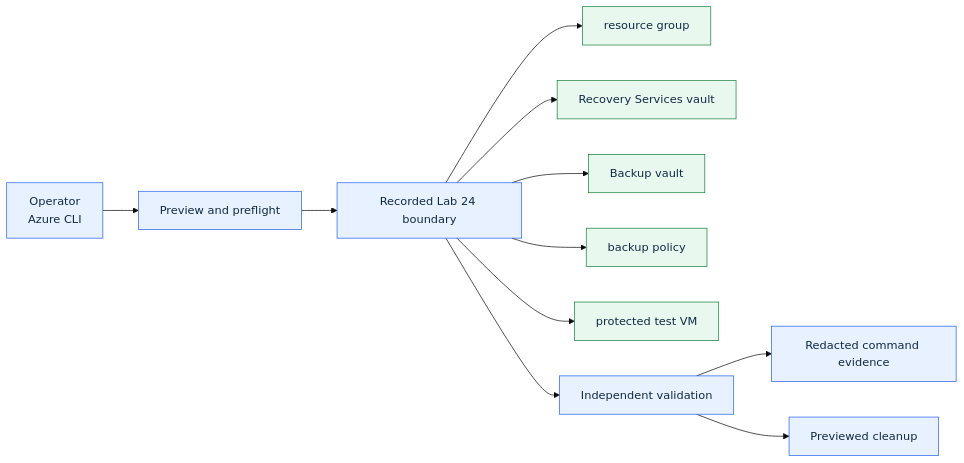
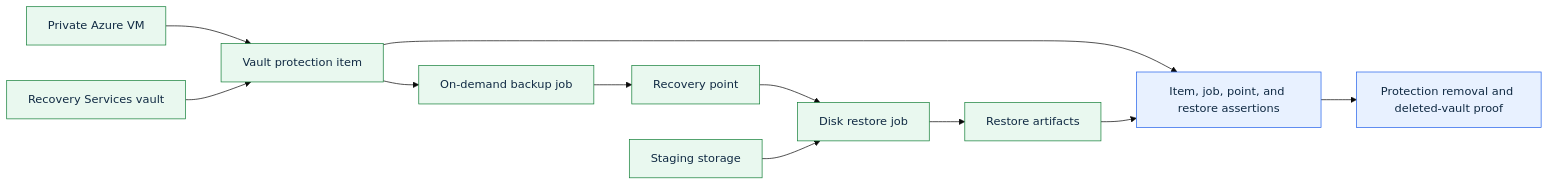
Before and after one commit to amineMehdi/az104-azure-administrator-labs: the diagram in labs/24-azure-backup-restore/diagrams/architecture.mmd, drawn with Mermaid (base theme). The commit also changed 497 other files, not shown here.

```diff
--- a/labs/24-azure-backup-restore/diagrams/architecture.mmd
+++ b/labs/24-azure-backup-restore/diagrams/architecture.mmd
@@ -1,15 +1,15 @@
 flowchart LR
-    A["Operator<br/>Azure CLI"] --> P["Preview and preflight"]
-    P --> S["Recorded Lab 24 boundary"]
-    S --> R1["resource group"]
-    S --> R2["Recovery Services vault"]
-    S --> R3["Backup vault"]
-    S --> R4["backup policy"]
-    S --> R5["protected test VM"]
-    S --> V["Independent validation"]
-    V --> E["Redacted command evidence"]
-    V --> C["Previewed cleanup"]
+    VM["Private Azure VM"] --> P["Vault protection item"]
+    RV["Recovery Services vault"] --> P
+    P --> J["On-demand backup job"]
+    J --> RP["Recovery point"]
+    RP --> RJ["Disk restore job"]
+    ST["Staging storage"] --> RJ
+    RJ --> RA["Restore artifacts"]
+    P --> V["Item, job, point, and restore assertions"]
+    RA --> V
+    V --> C["Protection removal and deleted-vault proof"]
     classDef control fill:#e8f1ff,stroke:#2563eb,color:#102a43;
     classDef resource fill:#e9f8ef,stroke:#16803a,color:#102a43;
-    class A,P,S,V,E,C control;
-    class R1,R2,R3,R4,R5 resource;
+    class V,C control;
+    class VM,P,RV,J,RP,RJ,ST,RA resource;
```
